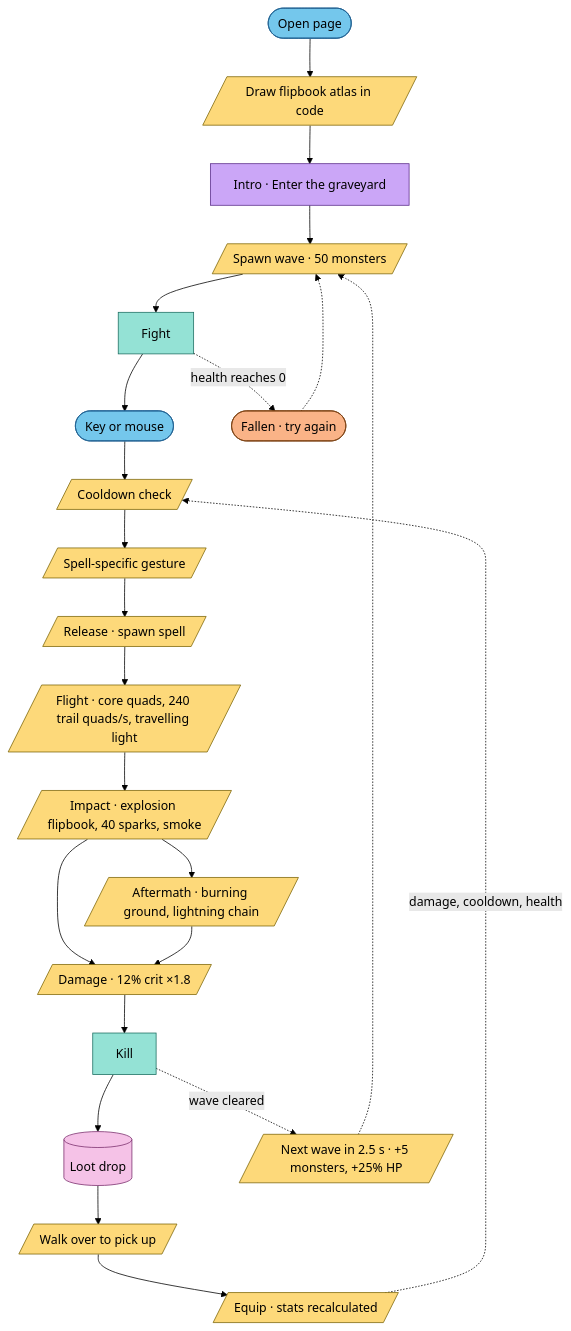
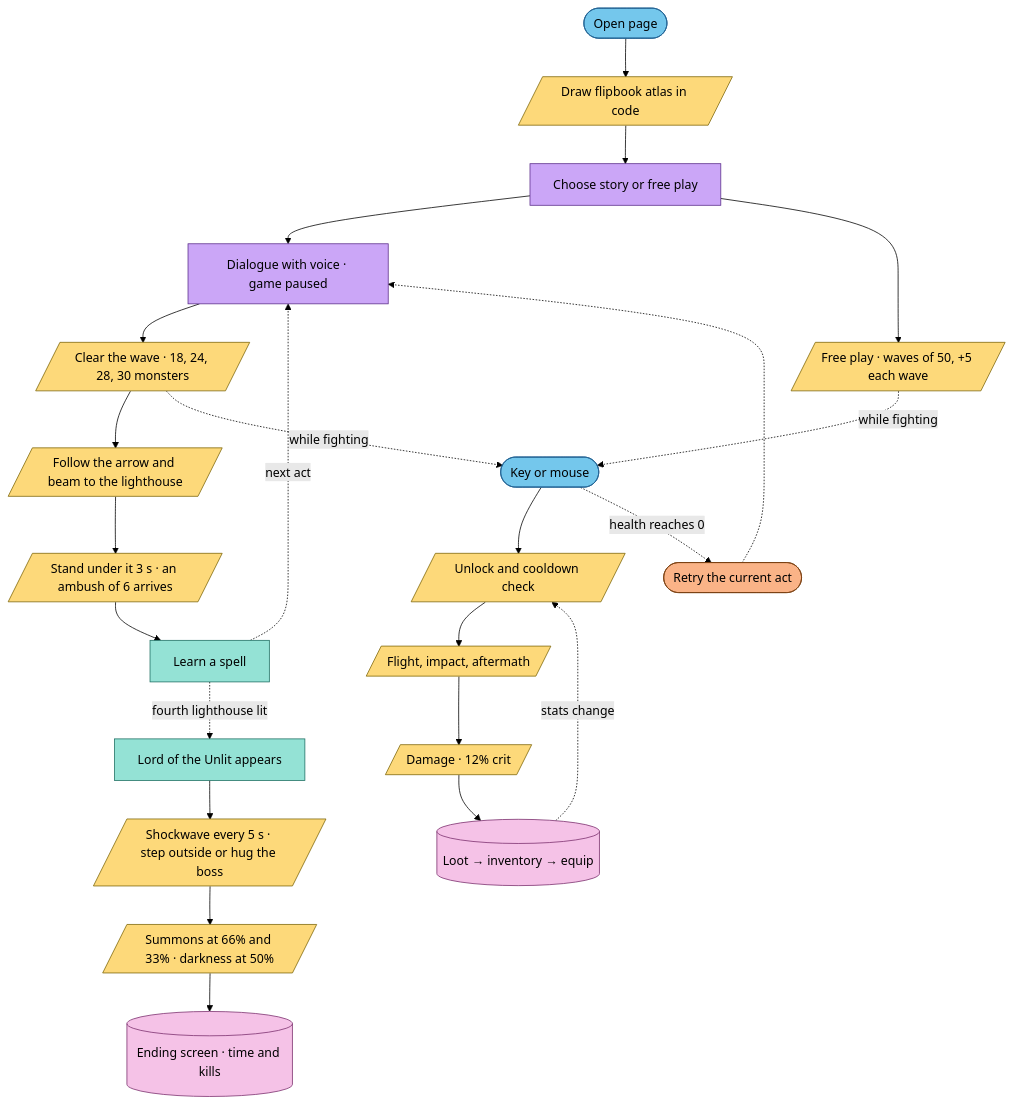
Before and after one commit to Lee-unhn/ember-graveyard: the second of 3 diagrams in README.md, drawn with Mermaid (forest theme). The commit also changed other lines of this file and 15 other files, not shown here.

First line of the commit message:
Full test suite, CI, and redrawn diagrams with a verification layer

````diff
--- a/README.md
+++ b/README.md
@@ -113,19 +140,20 @@
 ```mermaid
 flowchart TD
-  START([Open page]):::input --> BUILD[/Draw flipbook atlas in code/]:::pipeline --> INTRO[Intro · Enter the graveyard]:::ui
-  INTRO --> SPAWN[/Spawn wave · 50 monsters/]:::pipeline --> FIGHT[Fight]:::worker
-  FIGHT --> PRESS([Key or mouse]):::input --> CD[/Cooldown check/]:::pipeline --> POSE[/Spell-specific gesture/]:::pipeline --> RELEASE[/Release · spawn spell/]:::pipeline
-  RELEASE --> FLY[/Flight · core quads, 240 trail quads/s, travelling light/]:::pipeline --> HIT[/Impact · explosion flipbook, 40 sparks, smoke/]:::pipeline
-  HIT --> AFTER[/Aftermath · burning ground, lightning chain/]:::pipeline
-  HIT --> DMG[/Damage · 12% crit ×1.8/]:::pipeline
-  AFTER --> DMG --> KILL[Kill]:::worker --> DROP[(Loot drop)]:::output --> PICK[/Walk over to pick up/]:::pipeline --> EQUIP[/Equip · stats recalculated/]:::pipeline
-  EQUIP -. damage, cooldown, health .-> CD
-  KILL -. wave cleared .-> CLEAR[/Next wave in 2.5 s · +5 monsters, +25% HP/]:::pipeline -.-> SPAWN
-  FIGHT -. health reaches 0 .-> DEAD([Fallen · try again]):::safety -.-> SPAWN
+  START([Open page]):::input --> BUILD[/Draw flipbook atlas in code/]:::pipeline --> PICK[Choose story or free play]:::ui
+  PICK --> TALK[Dialogue with voice · game paused]:::ui --> CLEAR[/Clear the wave · 18, 24, 28, 30 monsters/]:::pipeline --> GOTO[/Follow the arrow and beam to the lighthouse/]:::pipeline
+  GOTO --> IGNITE[/Stand under it 3 s · an ambush of 6 arrives/]:::pipeline --> UNLOCK[Learn a spell]:::worker
+  UNLOCK -. next act .-> TALK
+  UNLOCK -. fourth lighthouse lit .-> LORD[Lord of the Unlit appears]:::worker --> SHOCK[/Shockwave every 5 s · step outside or hug the boss/]:::pipeline --> PHASE[/Summons at 66% and 33% · darkness at 50%/]:::pipeline --> END[(Ending screen · time and kills)]:::output
+  PICK --> SPAWN[/Free play · waves of 50, +5 each wave/]:::pipeline
+  CLEAR -. while fighting .-> PRESS([Key or mouse]):::input
+  SPAWN -. while fighting .-> PRESS
+  PRESS --> CD[/Unlock and cooldown check/]:::pipeline --> FLY[/Flight, impact, aftermath/]:::pipeline --> DMG[/Damage · 12% crit/]:::pipeline --> DROP[(Loot → inventory → equip)]:::output
+  DROP -. stats change .-> CD
+  PRESS -. health reaches 0 .-> DEAD([Retry the current act]):::safety -.-> TALK
   classDef input fill:#74c7ec,stroke:#1e6091,color:#000
   classDef ui fill:#cba6f7,stroke:#5b2d8a,color:#000
   classDef pipeline fill:#fdd97a,stroke:#7d6608,color:#000
   classDef safety fill:#fab387,stroke:#7a3f10,color:#000
   classDef output fill:#f5c2e7,stroke:#7a2e6d,color:#000
   classDef worker fill:#94e2d5,stroke:#1d6e62,color:#000
 ```
````
